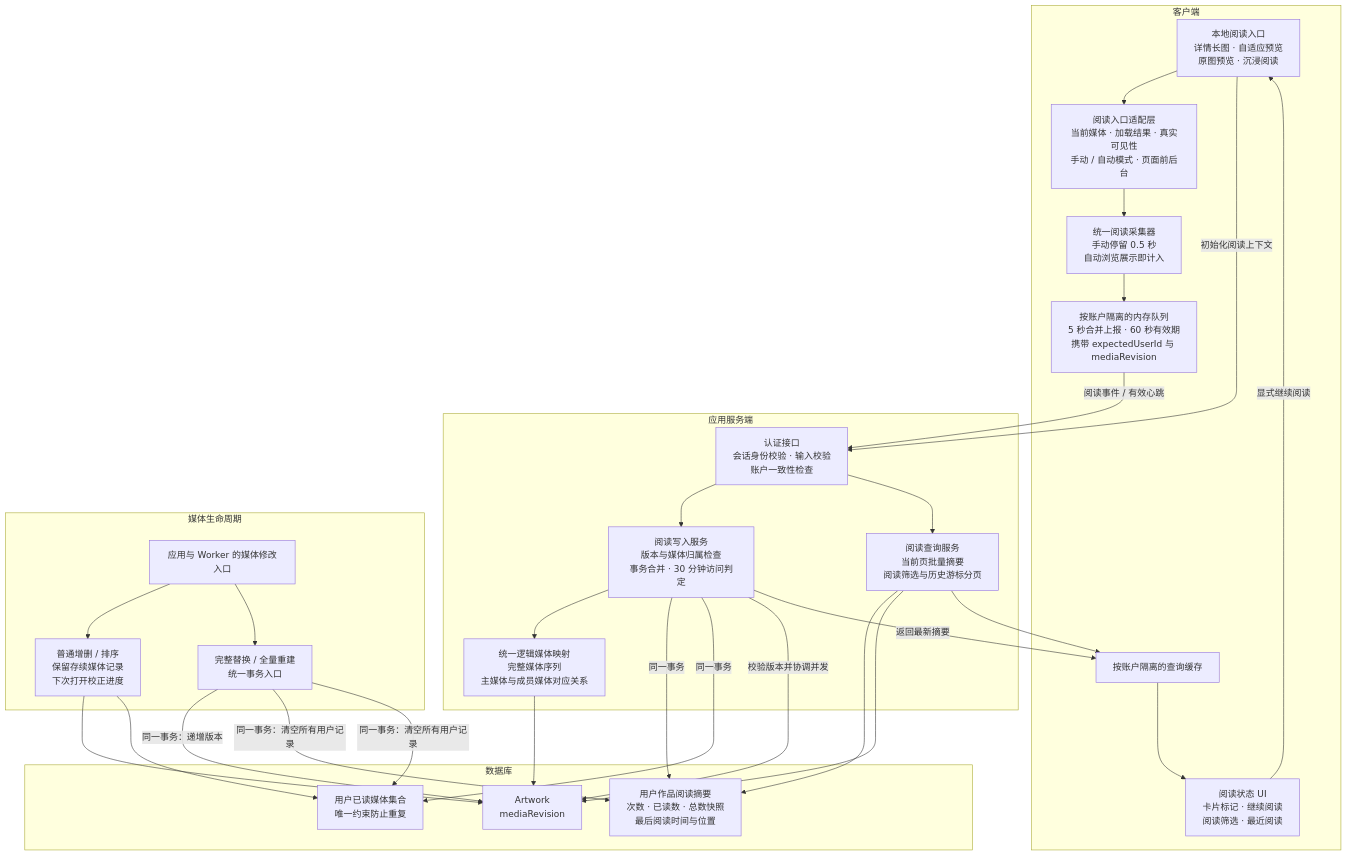
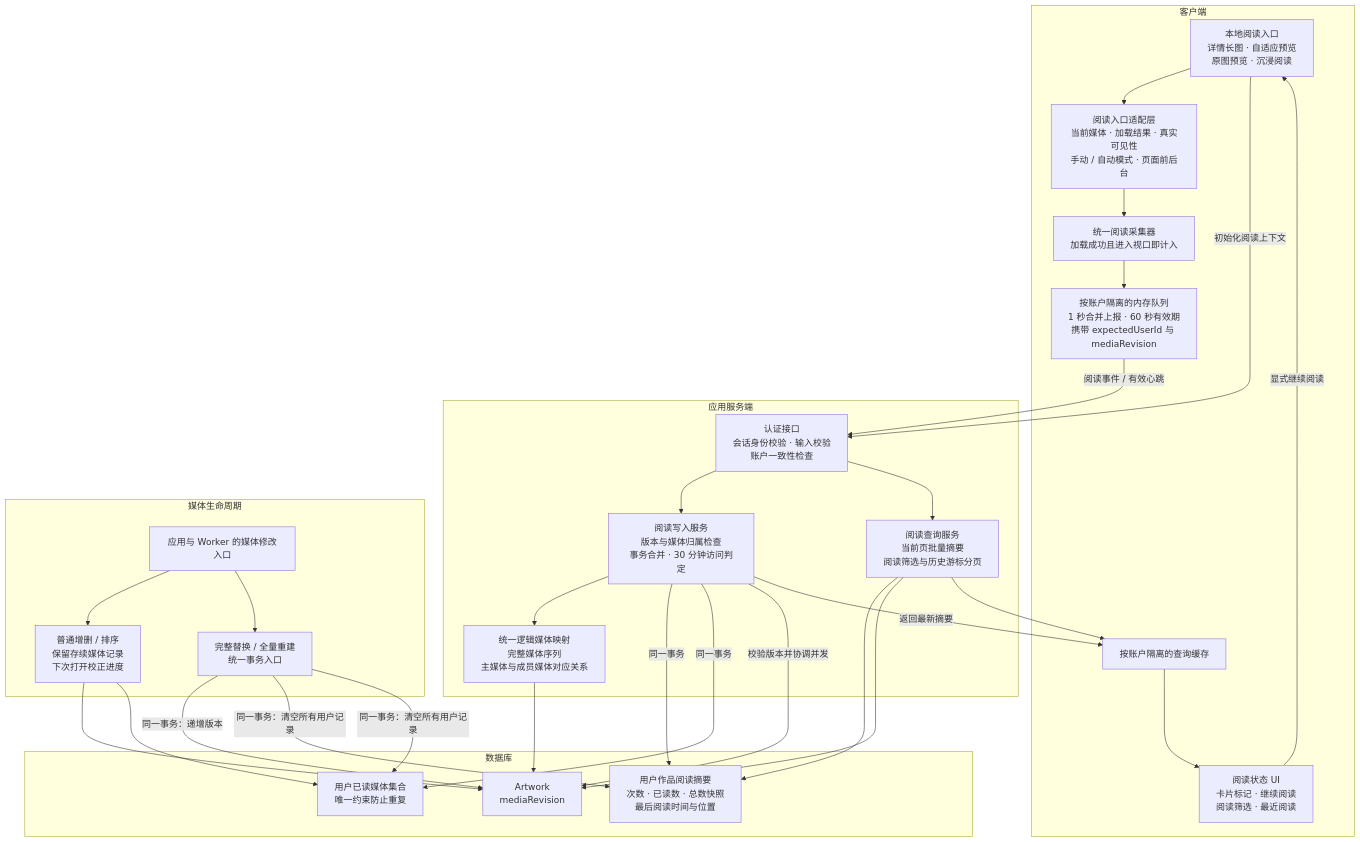
The diagram in docs/design/artwork-reading-tracking.md (namehu/PixiShelf), drawn with Mermaid before and after one commit. The commit also changed other lines of this file and 11 other files, not shown here.

````diff
--- a/docs/design/artwork-reading-tracking.md
+++ b/docs/design/artwork-reading-tracking.md
@@ -13,50 +13,50 @@
 ```mermaid
 flowchart TB
     subgraph client["客户端"]
         readers["本地阅读入口<br/>详情长图 · 自适应预览<br/>原图预览 · 沉浸阅读"]
         adapters["阅读入口适配层<br/>当前媒体 · 加载结果 · 真实可见性<br/>手动 / 自动模式 · 页面前后台"]
-        collector["统一阅读采集器<br/>手动停留 0.5 秒<br/>自动浏览展示即计入"]
-        queue["按账户隔离的内存队列<br/>5 秒合并上报 · 60 秒有效期<br/>携带 expectedUserId 与 mediaRevision"]
+        collector["统一阅读采集器<br/>加载成功且进入视口即计入"]
+        queue["按账户隔离的内存队列<br/>1 秒合并上报 · 60 秒有效期<br/>携带 expectedUserId 与 mediaRevision"]
         ui["阅读状态 UI<br/>卡片标记 · 继续阅读<br/>阅读筛选 · 最近阅读"]
         cache["按账户隔离的查询缓存"]
     end
     subgraph app["应用服务端"]
         api["认证接口<br/>会话身份校验 · 输入校验<br/>账户一致性检查"]
         mapping["统一逻辑媒体映射<br/>完整媒体序列<br/>主媒体与成员媒体对应关系"]
         reading["阅读写入服务<br/>版本与媒体归属检查<br/>事务合并 · 30 分钟访问判定"]
         query["阅读查询服务<br/>当前页批量摘要<br/>阅读筛选与历史游标分页"]
     end
     subgraph storage["数据库"]
         artwork["Artwork<br/>mediaRevision"]
         summary["用户作品阅读摘要<br/>次数 · 已读数 · 总数快照<br/>最后阅读时间与位置"]
         seen["用户已读媒体集合<br/>唯一约束防止重复"]
     end
     subgraph lifecycle["媒体生命周期"]
         writers["应用与 Worker 的媒体修改入口"]
         ordinary["普通增删 / 排序<br/>保留存续媒体记录<br/>下次打开校正进度"]
         rebuild["完整替换 / 全量重建<br/>统一事务入口"]
     end
     readers --> adapters --> collector --> queue
     queue -->|"阅读事件 / 有效心跳"| api
     readers -->|"初始化阅读上下文"| api
     api --> reading
     api --> query
     reading --> mapping
     mapping --> artwork
     reading -->|"同一事务"| summary
     reading -->|"同一事务"| seen
     reading -->|"校验版本并协调并发"| artwork
     query --> summary
     query --> artwork
     query --> cache
     reading -->|"返回最新摘要"| cache
     cache --> ui
     ui -->|"显式继续阅读"| readers
     writers --> ordinary
     writers --> rebuild
     ordinary --> artwork
     ordinary --> seen
     rebuild -->|"同一事务：递增版本"| artwork
     rebuild -->|"同一事务：清空所有用户记录"| summary
     rebuild -->|"同一事务：清空所有用户记录"| seen
 ```
````
